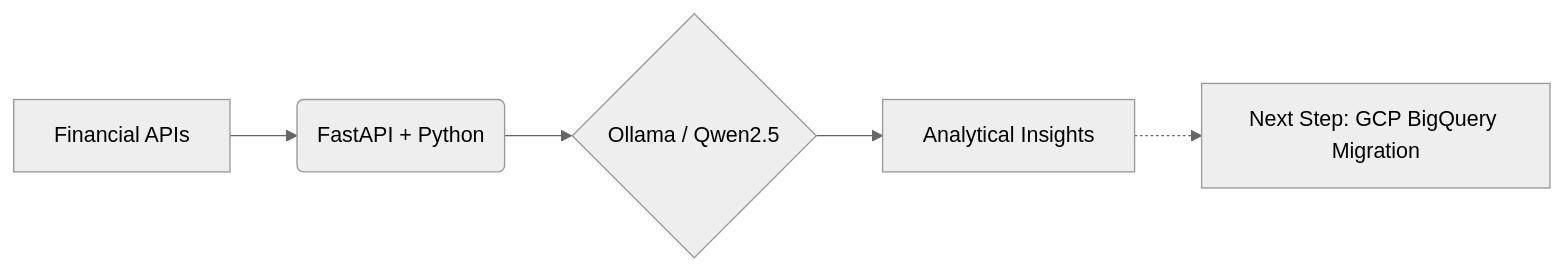
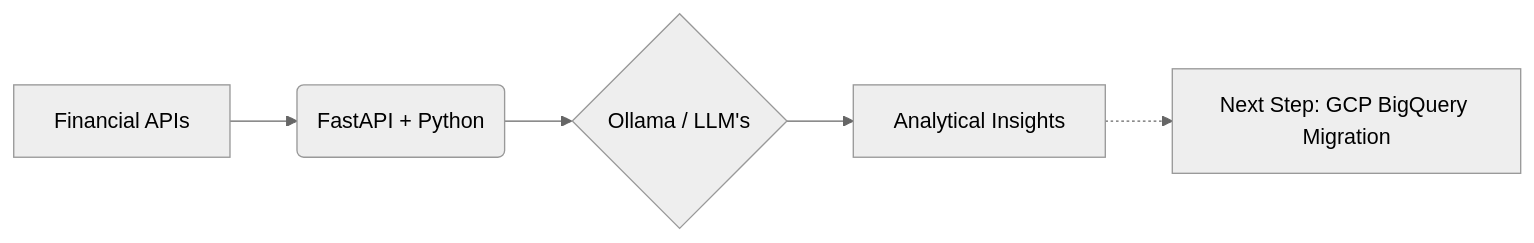
The diagram in README.md (deepan-mehta-analytics/deepan-mehta-analytics), drawn with Mermaid (neutral theme) before and after one commit. The commit also changed other lines of this file, not shown here.

Commit message:
Fix AI integration description in README
Updated the diagram and roadmap for AI integration.

````diff
--- a/README.md
+++ b/README.md
@@ -73,7 +73,7 @@
 ```mermaid
 graph LR
     A[Financial APIs] --> B(FastAPI + Python)
-    B --> C{Ollama / Qwen2.5}
+    B --> C{Ollama / LLM's}
     C --> D[Analytical Insights]
     D -.-> E[Next Step: GCP BigQuery Migration]
 ```
````
